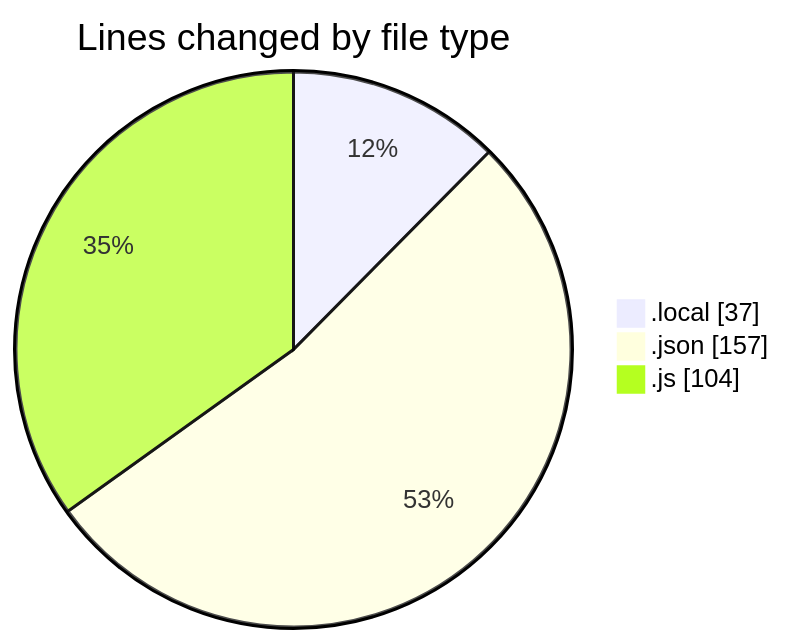
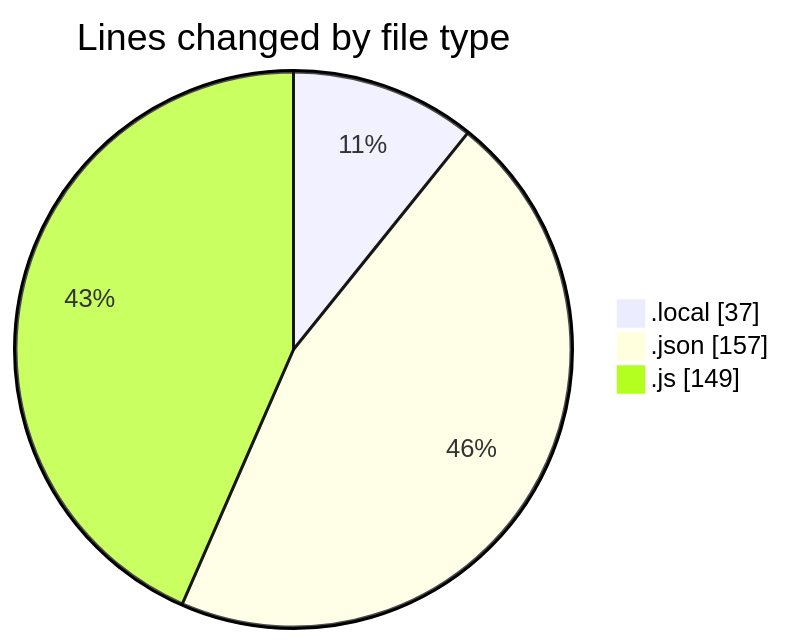
The first of 2 diagrams in 2026-02-17/id_ia/README.md (becaeroporto-bot/code-tracking), drawn with Mermaid before and after one commit. The commit also changed other lines of this file and 1 other file, not shown here.

````diff
--- a/2026-02-17/id_ia/README.md
+++ b/2026-02-17/id_ia/README.md
@@ -24,7 +25,7 @@
 ```mermaid
 pie showData
 title Lines changed by file type
 ".local" : 37
 ".json" : 157
-".js" : 104
+".js" : 149
 ```
````
